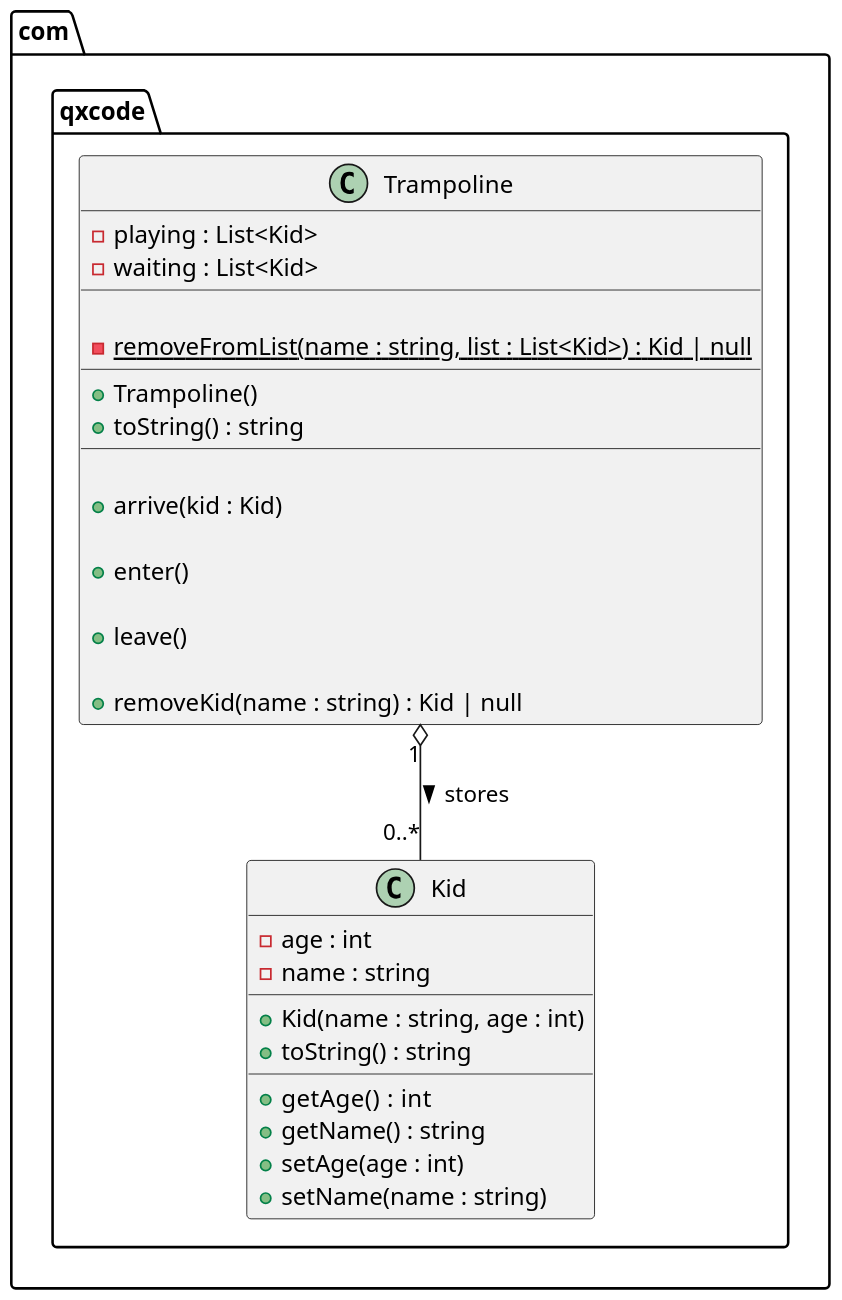
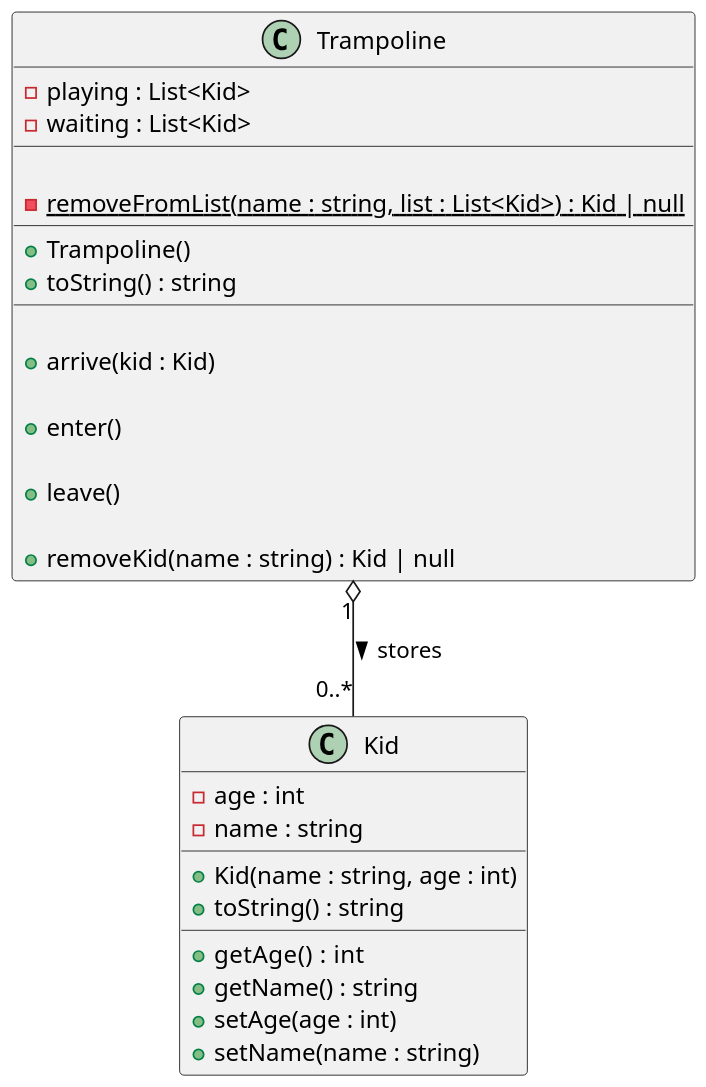
Before and after one commit to qxcodepoo/arcade: the diagram in base/009/diagrama.puml, drawn with PlantUML. The commit also changed 4 other files, not shown here.

```diff
--- a/base/009/diagrama.puml
+++ b/base/009/diagrama.puml
@@ -2,52 +2,52 @@
 @startuml
 
 skinparam defaultFontName Hasklig
 skinparam dpi 150
 '==
-package com.qxcode {
-  class Kid {
-    - age : int
-    - name : string
-    __
-    + Kid(name : string, age : int)
-    + toString() : string
-    __
-    + getAge()  : int
-    + getName() : string
-    + setAge(age : int)
-    + setName(name : string)
-  }
+
+class Kid {
+  - age : int
+  - name : string
+  __
+  + Kid(name : string, age : int)
+  + toString() : string
+  __
+  + getAge()  : int
+  + getName() : string
+  + setAge(age : int)
+  + setName(name : string)
+}
+
+class Trampoline {
+  - playing : List<Kid>
+  - waiting : List<Kid>
+  __
   
-  class Trampoline {
-    - playing : List<Kid>
-    - waiting : List<Kid>
-    __
-    
-    ' procura por uma criança na lista do parâmetro e se
-    ' encontrar, remove a criança e a retorna
-    - {static} removeFromList(name : string, list : List<Kid>) : Kid | null
-    __
-    + Trampoline()
-    + toString() : string
-    __
-    
-    ' insere na lista de espera
-    + arrive(kid : Kid)
-    
-    ' se existir alguém na lista de espera
-    ' remove o que estiver na frente da lista
-    ' e insere no fim da lista de playing
-    + enter()
-    
-    ' se existir alguém em playing, remove o primeiro da lista
-    ' e insere no final da fila de espera
-    + leave()
-    
-    ' utilize o método estático removeFromList
-    ' para tentar remover a criança das duas filas
-    + removeKid(name : string) : Kid | null
-  }
+  ' procura por uma criança na lista do parâmetro e se
+  ' encontrar, remove a criança e a retorna
+  - {static} removeFromList(name : string, list : List<Kid>) : Kid | null
+  __
+  + Trampoline()
+  + toString() : string
+  __
+  
+  ' insere na lista de espera
+  + arrive(kid : Kid)
+  
+  ' se existir alguém na lista de espera
+  ' remove o que estiver na frente da lista
+  ' e insere no fim da lista de playing
+  + enter()
+  
+  ' se existir alguém em playing, remove o primeiro da lista
+  ' e insere no final da fila de espera
+  + leave()
+  
+  ' utilize o método estático removeFromList
+  ' para tentar remover a criança das duas filas
+  + removeKid(name : string) : Kid | null
 }
+
 '--
 Trampoline "1" o--  "0..*" Kid : > stores
 @enduml
```
